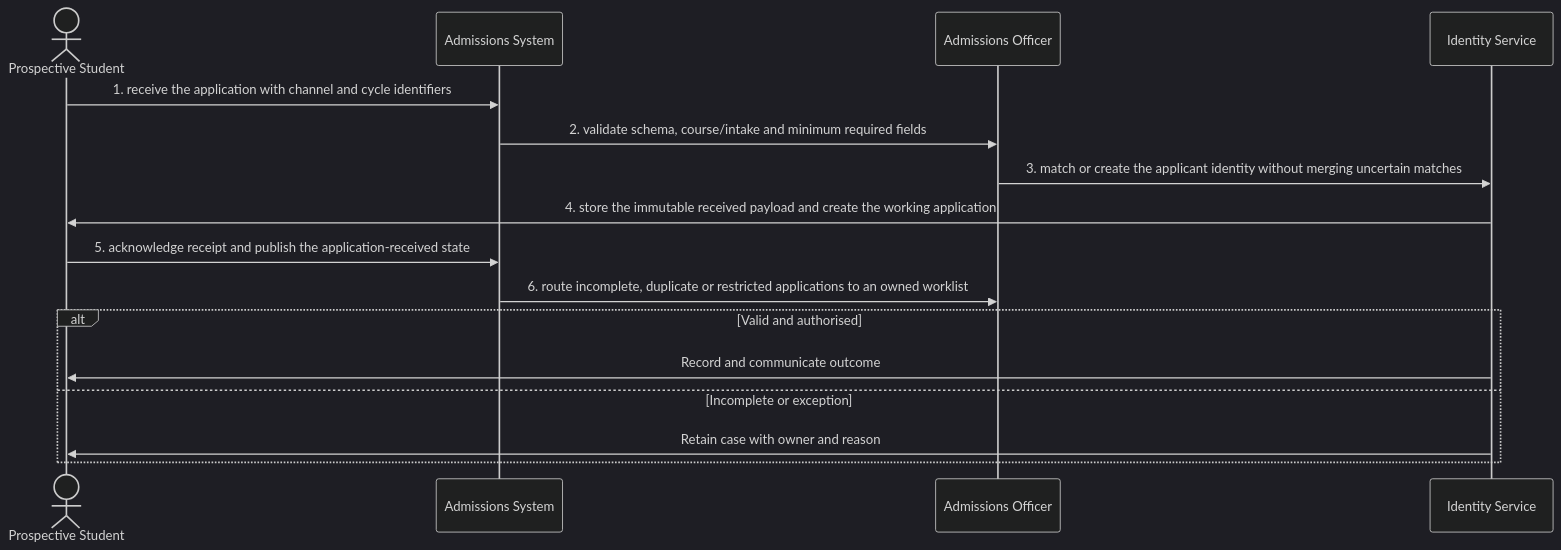
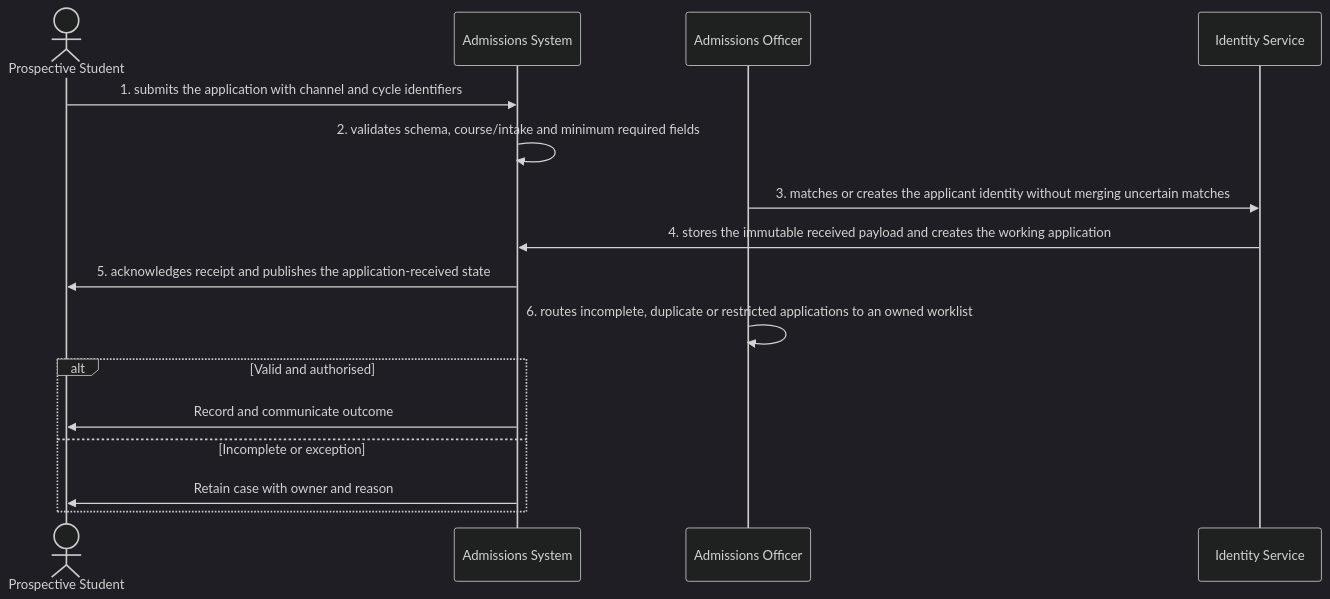
The diagram in docs/business-processes/01-recruitment-and-admissions/bp-01-001-receive-an-application.md (RevelationCore/Revelation-SRS), drawn with Mermaid (dark theme) before and after one commit. The commit also changed other lines of this file and 96 other files, not shown here.

````diff
--- a/docs/business-processes/01-recruitment-and-admissions/bp-01-001-receive-an-application.md
+++ b/docs/business-processes/01-recruitment-and-admissions/bp-01-001-receive-an-application.md
@@ -159,18 +159,18 @@
 ```mermaid
 sequenceDiagram
     actor A1 as Prospective Student
     participant A2 as Admissions System
     participant A3 as Admissions Officer
     participant A4 as Identity Service
-    A1->>A2: 1. receive the application with channel and cycle identifiers
-    A2->>A3: 2. validate schema, course/intake and minimum required fields
-    A3->>A4: 3. match or create the applicant identity without merging uncertain matches
-    A4->>A1: 4. store the immutable received payload and create the working application
-    A1->>A2: 5. acknowledge receipt and publish the application-received state
-    A2->>A3: 6. route incomplete, duplicate or restricted applications to an owned worklist
+    A1->>A2: 1. submits the application with channel and cycle identifiers
+    A2->>A2: 2. validates schema, course/intake and minimum required fields
+    A3->>A4: 3. matches or creates the applicant identity without merging uncertain matches
+    A4->>A2: 4. stores the immutable received payload and creates the working application
+    A2->>A1: 5. acknowledges receipt and publishes the application-received state
+    A3->>A3: 6. routes incomplete, duplicate or restricted applications to an owned worklist
     alt Valid and authorised
-        A4->>A1: Record and communicate outcome
+        A2->>A1: Record and communicate outcome
     else Incomplete or exception
-        A4->>A1: Retain case with owner and reason
+        A2->>A1: Retain case with owner and reason
     end
 ```
````
